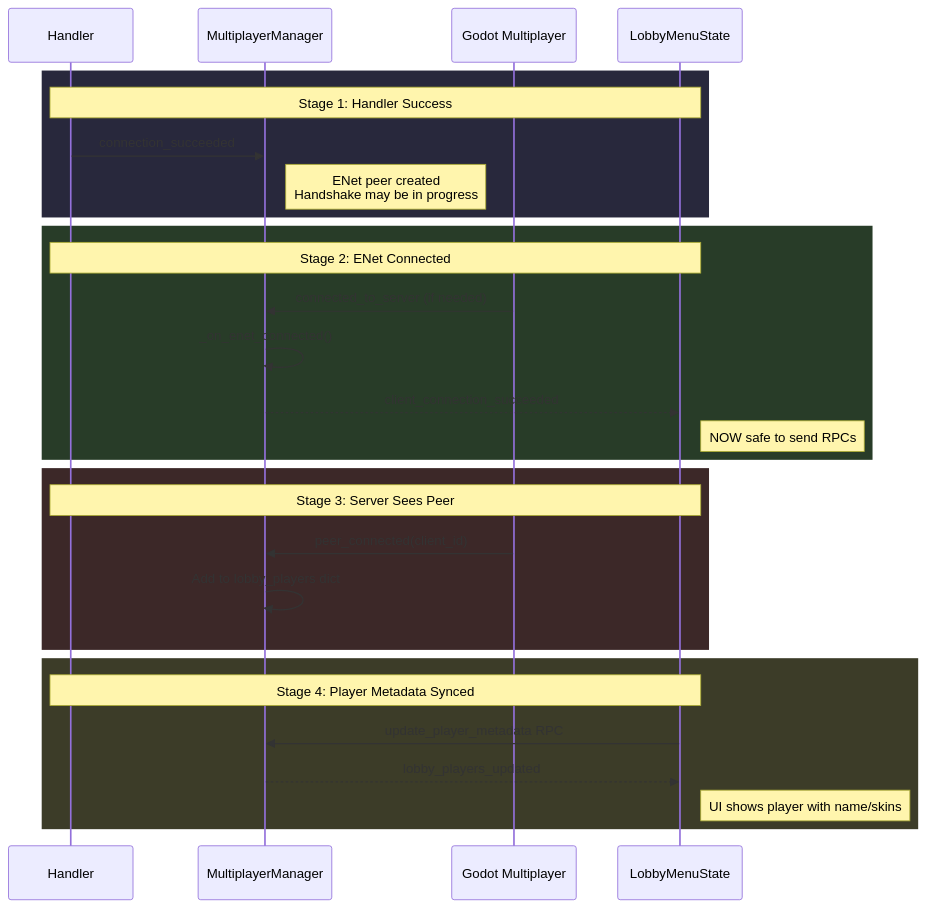
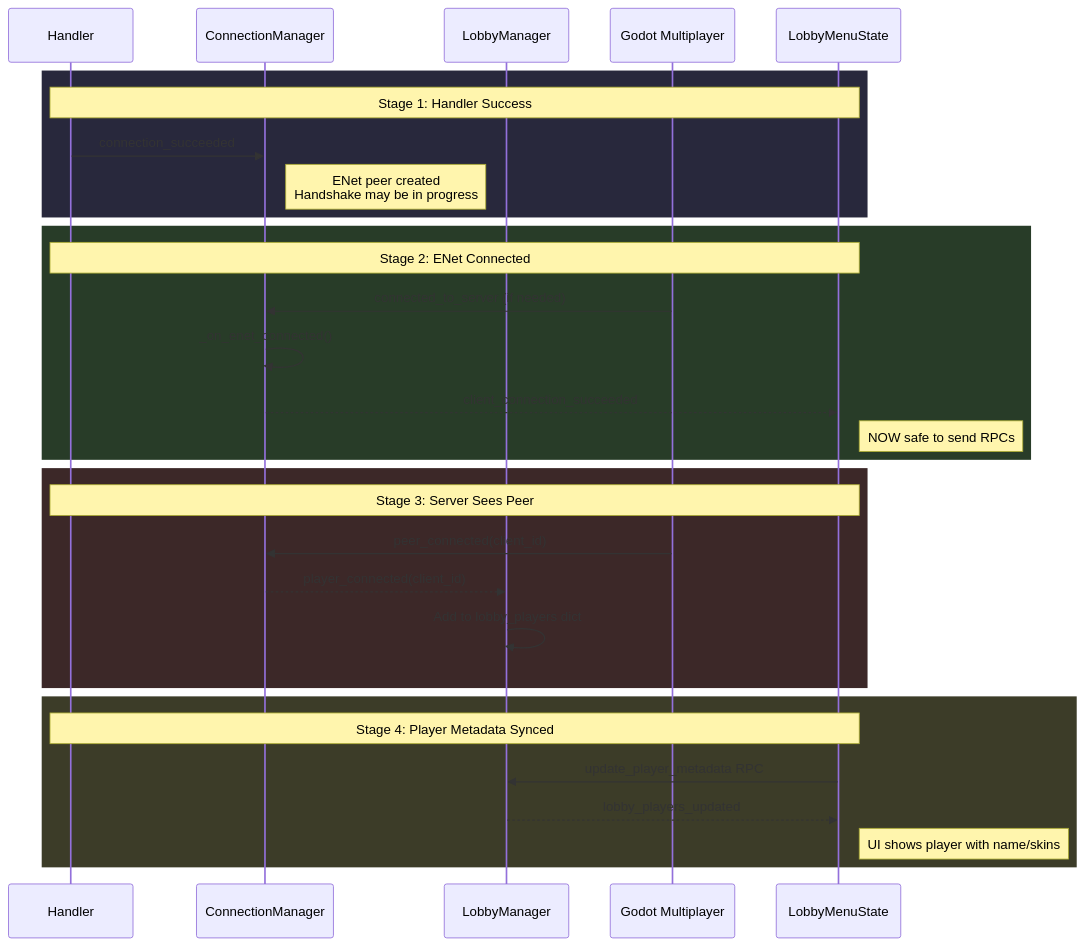
Before and after one commit to ssebs/DankNooner: the fifth of 13 diagrams in v2/planning_docs/LobbyGameFlowMP.md, drawn with Mermaid. The commit also changed other lines of this file and 2 other files, not shown here.

````diff
--- a/v2/planning_docs/LobbyGameFlowMP.md
+++ b/v2/planning_docs/LobbyGameFlowMP.md
@@ -130,34 +134,36 @@
 ```mermaid
 sequenceDiagram
     participant Handler as Handler
-    participant MM as MultiplayerManager
+    participant CM as ConnectionManager
+    participant LM as LobbyManager
     participant Godot as Godot Multiplayer
     participant Lobby as LobbyMenuState
 
     rect rgb(40, 40, 60)
         Note over Handler,Lobby: Stage 1: Handler Success
-        Handler->>MM: connection_succeeded
-        Note right of MM: ENet peer created<br/>Handshake may be in progress
+        Handler->>CM: connection_succeeded
+        Note right of CM: ENet peer created<br/>Handshake may be in progress
     end
 
     rect rgb(40, 60, 40)
         Note over Handler,Lobby: Stage 2: ENet Connected
-        Godot->>MM: connected_to_server (if needed)
-        MM->>MM: _on_enet_connected()
-        MM-->>Lobby: client_connection_succeeded
+        Godot->>CM: connected_to_server (if needed)
+        CM->>CM: _on_enet_connected()
+        CM-->>Lobby: client_connection_succeeded
         Note right of Lobby: NOW safe to send RPCs
     end
 
     rect rgb(60, 40, 40)
         Note over Handler,Lobby: Stage 3: Server Sees Peer
-        Godot->>MM: peer_connected(client_id)
-        MM->>MM: Add to lobby_players dict
+        Godot->>CM: peer_connected(client_id)
+        CM-->>LM: player_connected(client_id)
+        LM->>LM: Add to lobby_players dict
     end
 
     rect rgb(60, 60, 40)
         Note over Handler,Lobby: Stage 4: Player Metadata Synced
-        Lobby->>MM: update_player_metadata RPC
-        MM-->>Lobby: lobby_players_updated
+        Lobby->>LM: update_player_metadata RPC
+        LM-->>Lobby: lobby_players_updated
         Note right of Lobby: UI shows player with name/skins
     end
 ```
````
